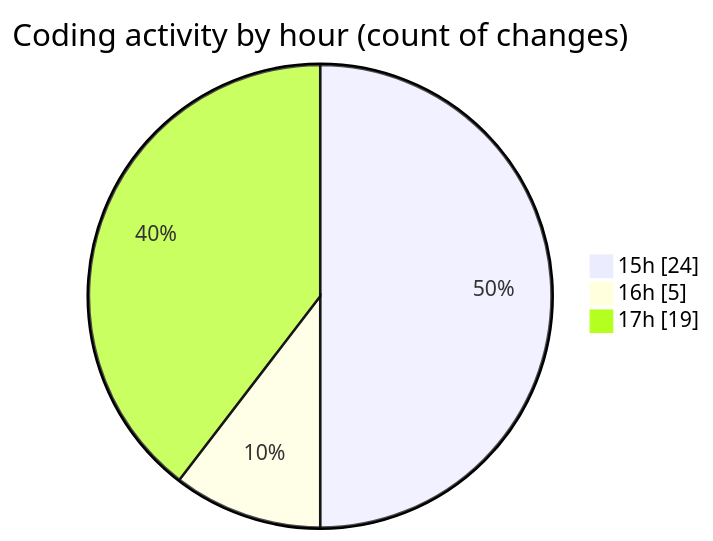
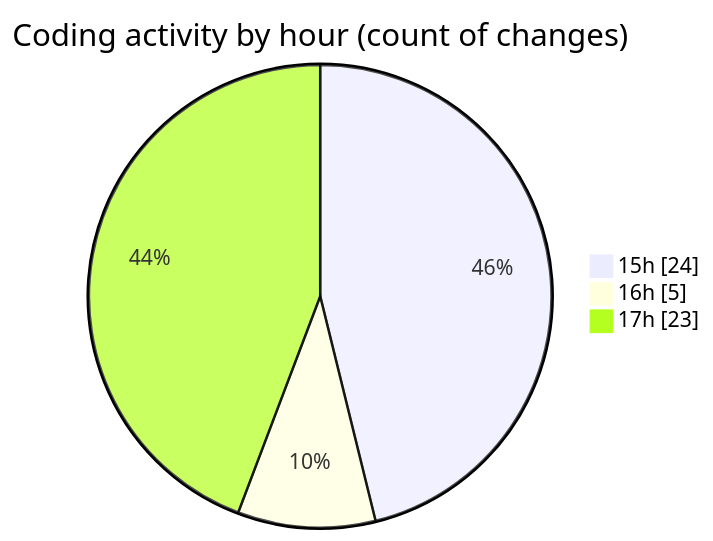
Before and after one commit to EIIisD/code-tracking: the second of 2 diagrams in 2025-08-02/tw-server/README.md, drawn with Mermaid. The commit also changed other lines of this file and 1 other file, not shown here.

````diff
--- a/2025-08-02/tw-server/README.md
+++ b/2025-08-02/tw-server/README.md
@@ -35,7 +35,7 @@
 ```mermaid
 pie showData
 title Coding activity by hour (count of changes)
 "15h" : 24
 "16h" : 5
-"17h" : 19
+"17h" : 23
 ```
````
